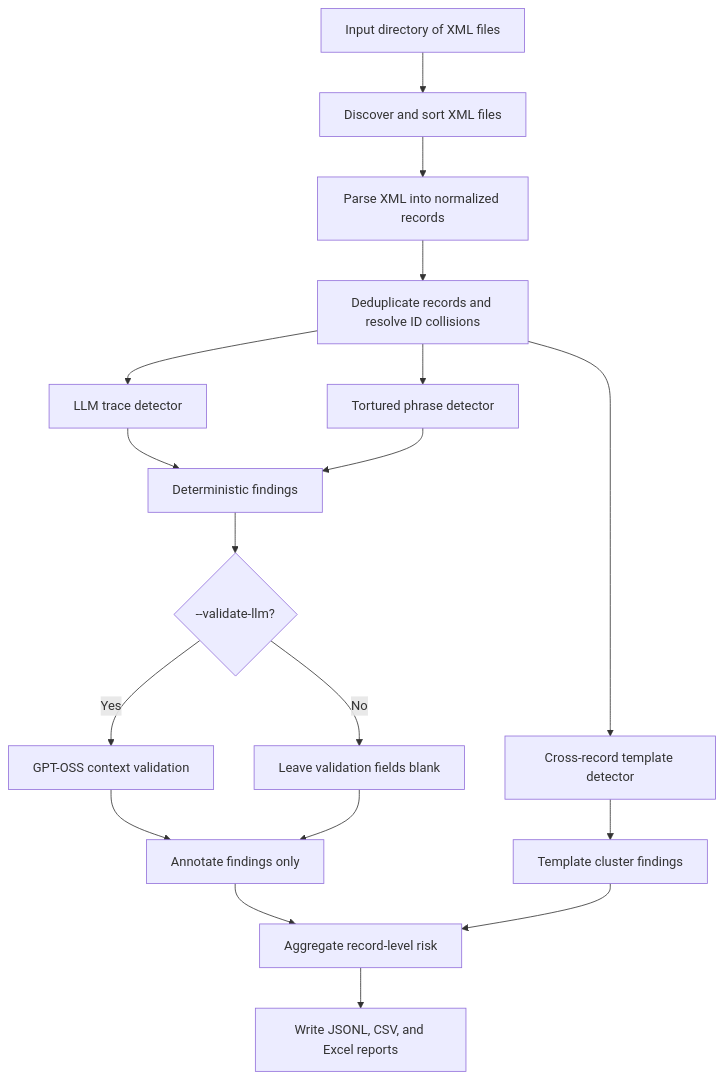
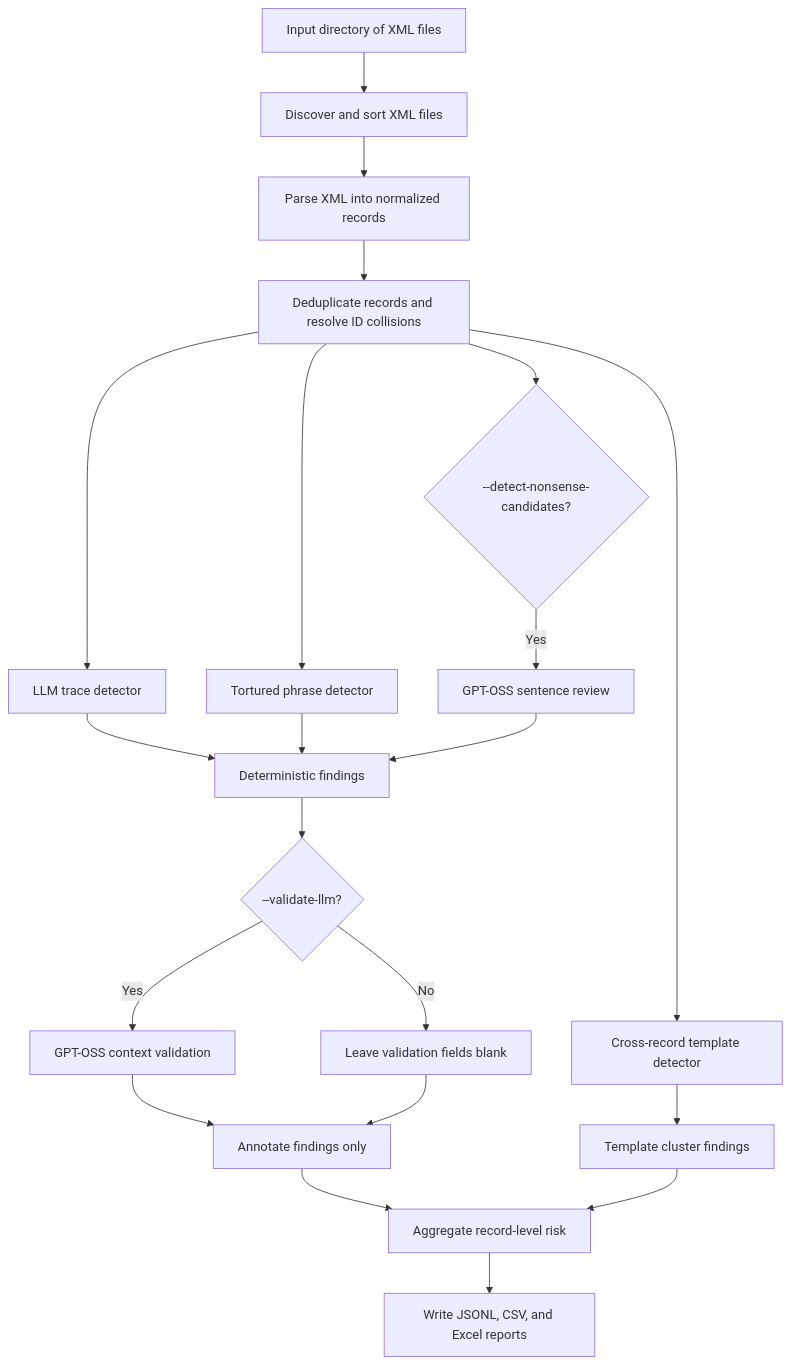
Before and after one commit to pavan-182/content_integrity_checks: the diagram in docs/pipeline_workflow.md, drawn with Mermaid. The commit also changed other lines of this file and 18 other files, not shown here.

````diff
--- a/docs/pipeline_workflow.md
+++ b/docs/pipeline_workflow.md
@@ -21,20 +22,23 @@
 ```mermaid
 flowchart TD
     A[Input directory of XML files] --> B[Discover and sort XML files]
     B --> C[Parse XML into normalized records]
     C --> D[Deduplicate records and resolve ID collisions]
     D --> E1[LLM trace detector]
     D --> E2[Tortured phrase detector]
     D --> E3[Cross-record template detector]
+    D --> E4{--detect-nonsense-candidates?}
     E1 --> F[Deterministic findings]
     E2 --> F
+    E4 -- Yes --> N[GPT-OSS sentence review]
+    N --> F
     F --> G{--validate-llm?}
     G -- Yes --> H[GPT-OSS context validation]
     G -- No --> I[Leave validation fields blank]
     H --> J[Annotate findings only]
     I --> J
     E3 --> K[Template cluster findings]
     J --> L[Aggregate record-level risk]
     K --> L
     L --> M[Write JSONL, CSV, and Excel reports]
 ```
````
